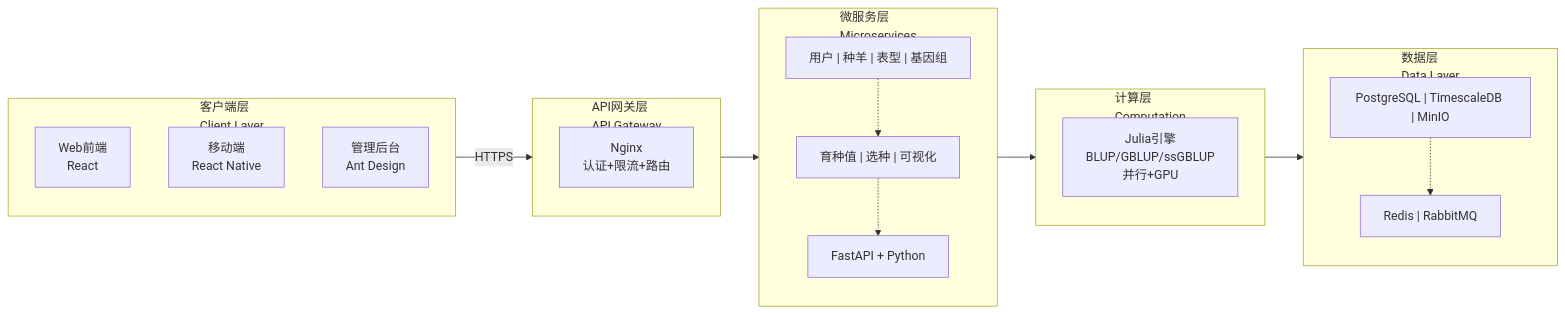
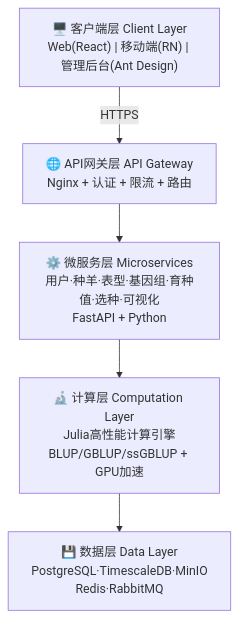
One commit to 1958126580/Sheep_breeding changed the diagram in README.md. Above: the diagram before and after it, drawn with Mermaid.

Commit message:
Fix diagram overflow with compact vertical flowchart layout

````diff
--- a/README.md
+++ b/README.md
@@ -29,38 +29,13 @@
 ```mermaid
-graph LR
-    subgraph client["客户端层<br/>Client Layer"]
-        direction TB
-        web["Web前端<br/>React"]
-        mobile["移动端<br/>React Native"]
-        admin["管理后台<br/>Ant Design"]
-    end
+flowchart TD
+    A["🖥️ 客户端层 Client Layer<br/>Web(React) | 移动端(RN) | 管理后台(Ant Design)"]
+    B["🌐 API网关层 API Gateway<br/>Nginx + 认证 + 限流 + 路由"]
+    C["⚙️ 微服务层 Microservices<br/>用户·种羊·表型·基因组·育种值·选种·可视化<br/>FastAPI + Python"]
+    D["🔬 计算层 Computation Layer<br/>Julia高性能计算引擎<br/>BLUP/GBLUP/ssGBLUP + GPU加速"]
+    E["💾 数据层 Data Layer<br/>PostgreSQL·TimescaleDB·MinIO<br/>Redis·RabbitMQ"]
 
-    subgraph gateway["API网关层<br/>API Gateway"]
-        nginx["Nginx<br/>认证+限流+路由"]
-    end
-
-    subgraph services["微服务层<br/>Microservices"]
-        direction TB
-        row1["用户 | 种羊 | 表型 | 基因组"]
-        row2["育种值 | 选种 | 可视化"]
-        tech["FastAPI + Python"]
-        row1 -.-> row2
-        row2 -.-> tech
-    end
-
-    subgraph compute["计算层<br/>Computation"]
-        julia["Julia引擎<br/>BLUP/GBLUP/ssGBLUP<br/>并行+GPU"]
-    end
-
-    subgraph data["数据层<br/>Data Layer"]
-        direction TB
-        db["PostgreSQL | TimescaleDB | MinIO"]
-        cache["Redis | RabbitMQ"]
-        db -.-> cache
-    end
-
-    client -->|HTTPS| gateway
-    gateway --> services
-    services --> compute
-    compute --> data
+    A -->|HTTPS| B
+    B --> C
+    C --> D
+    D --> E
 ```
````
